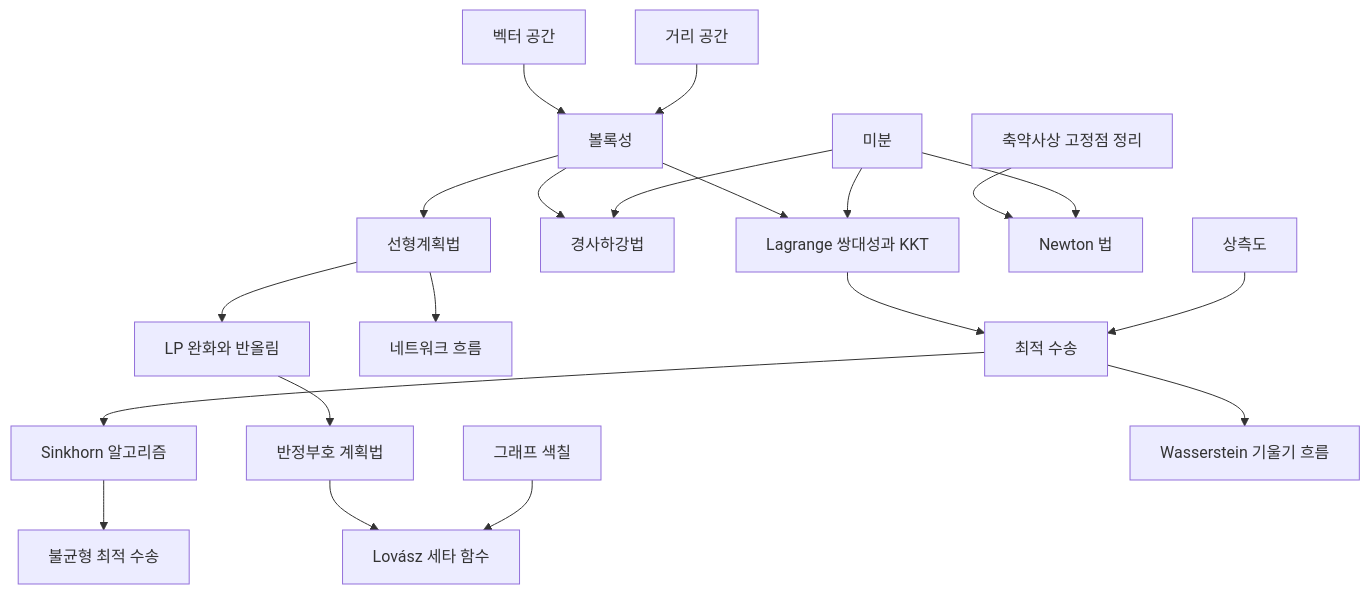
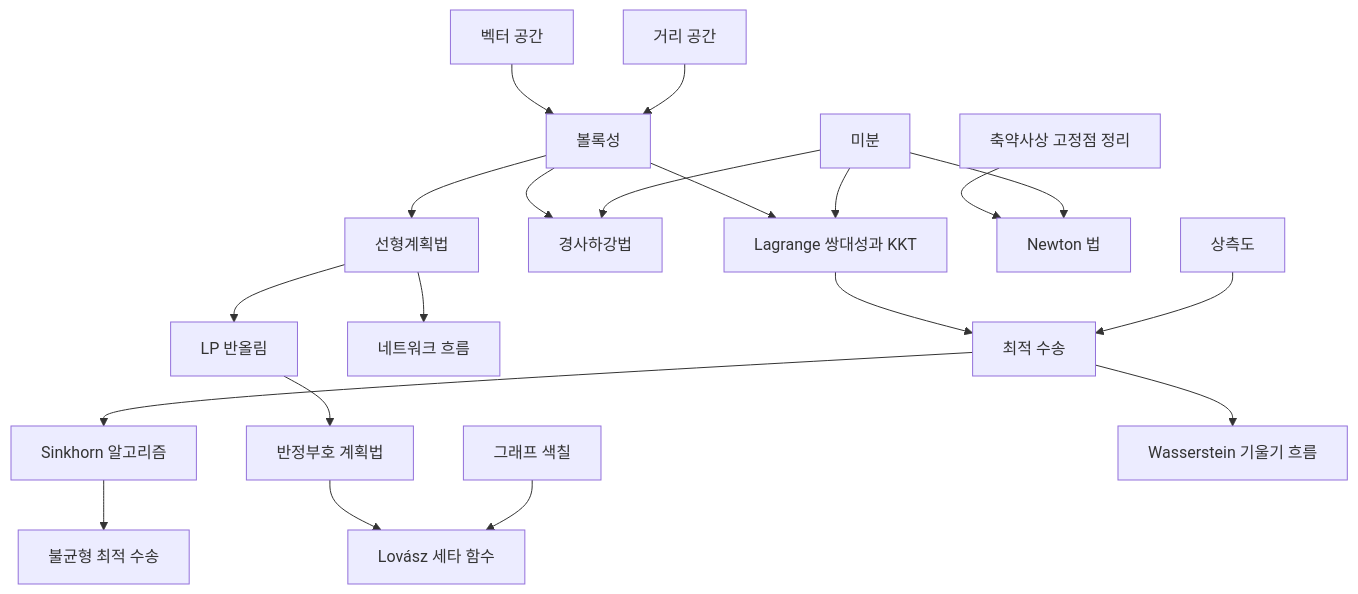
One commit to Phryxia/math-map changed the diagram in docs/optimization-overview.md. Above: the diagram before and after it, drawn with Mermaid. The commit also changed 5 other files, not shown here.

````diff
--- a/docs/optimization-overview.md
+++ b/docs/optimization-overview.md
@@ -13,22 +13,22 @@
 ```mermaid
 graph TD
   VS["벡터 공간"] --> CX["볼록성"]
   MS["거리 공간"] --> CX
   CX --> LD["Lagrange 쌍대성과 KKT"]
   CX --> GD["경사하강법"]
   CX --> LP["선형계획법"]
   DV["미분"] --> LD
   DV --> GD
   BF["축약사상 고정점 정리"] --> NM["Newton 법"]
   DV --> NM
-  LP --> LR["LP 완화와 반올림"]
+  LP --> LR["LP 반올림"]
   LP --> NF["네트워크 흐름"]
   LR --> SD["반정부호 계획법"]
   SD --> LT["Lovász 세타 함수"]
   GC["그래프 색칠"] --> LT
   LD --> OT["최적 수송"]
   PM["상측도"] --> OT
   OT --> SK["Sinkhorn 알고리즘"]
   SK --> UO["불균형 최적 수송"]
   OT --> WG["Wasserstein 기울기 흐름"]
 ```
````
